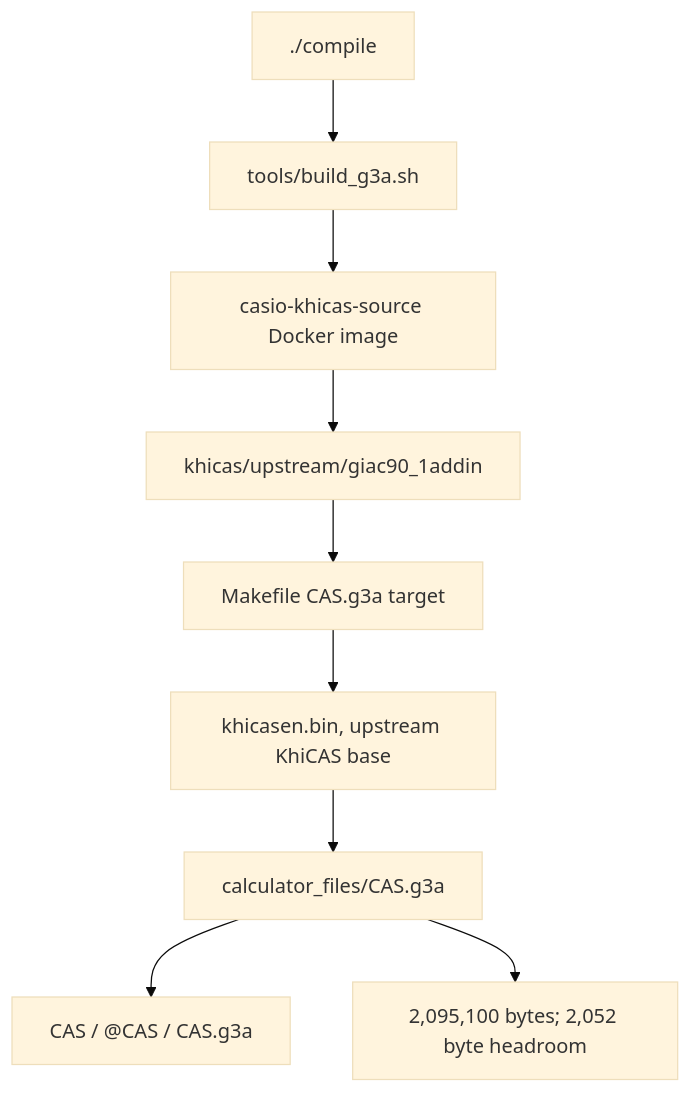
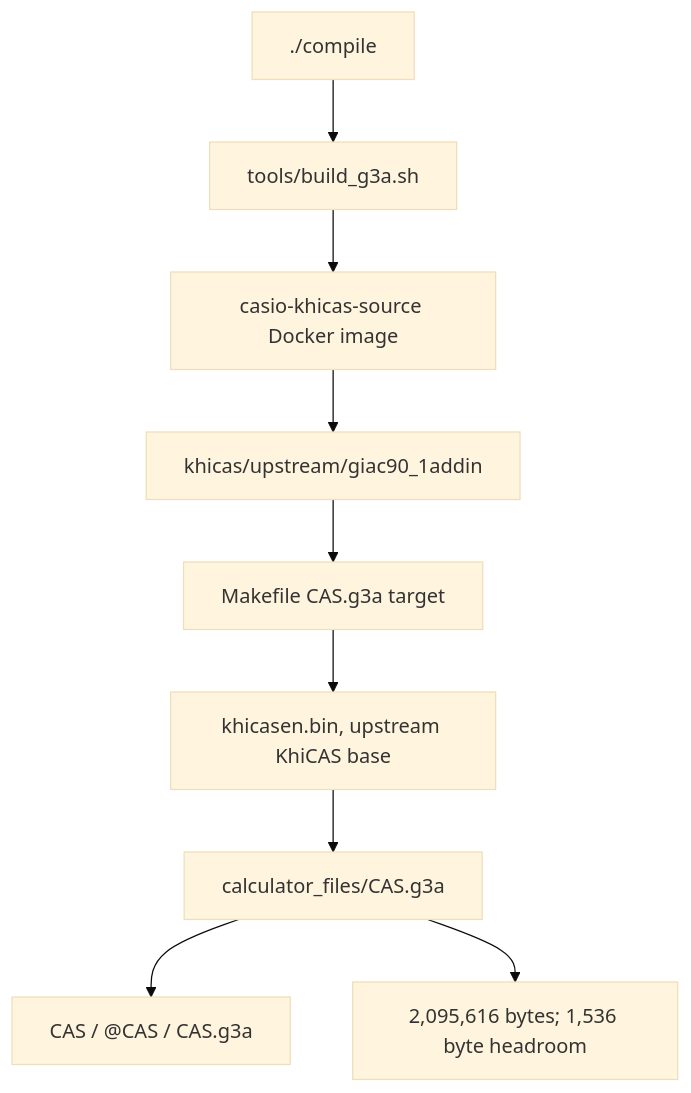
One commit to james8464/notes-addin-casio-fx-cg50 changed the first of 5 diagrams in docs/GRAPH.md. Above: the diagram before and after it, drawn with Mermaid (base theme). The commit also changed other lines of this file and 4 other files, not shown here.

````diff
--- a/docs/GRAPH.md
+++ b/docs/GRAPH.md
@@ -7,11 +7,11 @@
 ```mermaid
 graph TD
   Compile["./compile"] --> Build["tools/build_g3a.sh"]
   Build --> Docker["casio-khicas-source Docker image"]
   Docker --> Src["khicas/upstream/giac90_1addin"]
   Src --> Make["Makefile CAS.g3a target"]
   Make --> Bin["khicasen.bin, upstream KhiCAS base"]
   Bin --> G3A["calculator_files/CAS.g3a"]
   G3A --> Meta["CAS / @CAS / CAS.g3a"]
-  G3A --> Size["2,095,100 bytes; 2,052 byte headroom"]
+  G3A --> Size["2,095,616 bytes; 1,536 byte headroom"]
 ```
````
